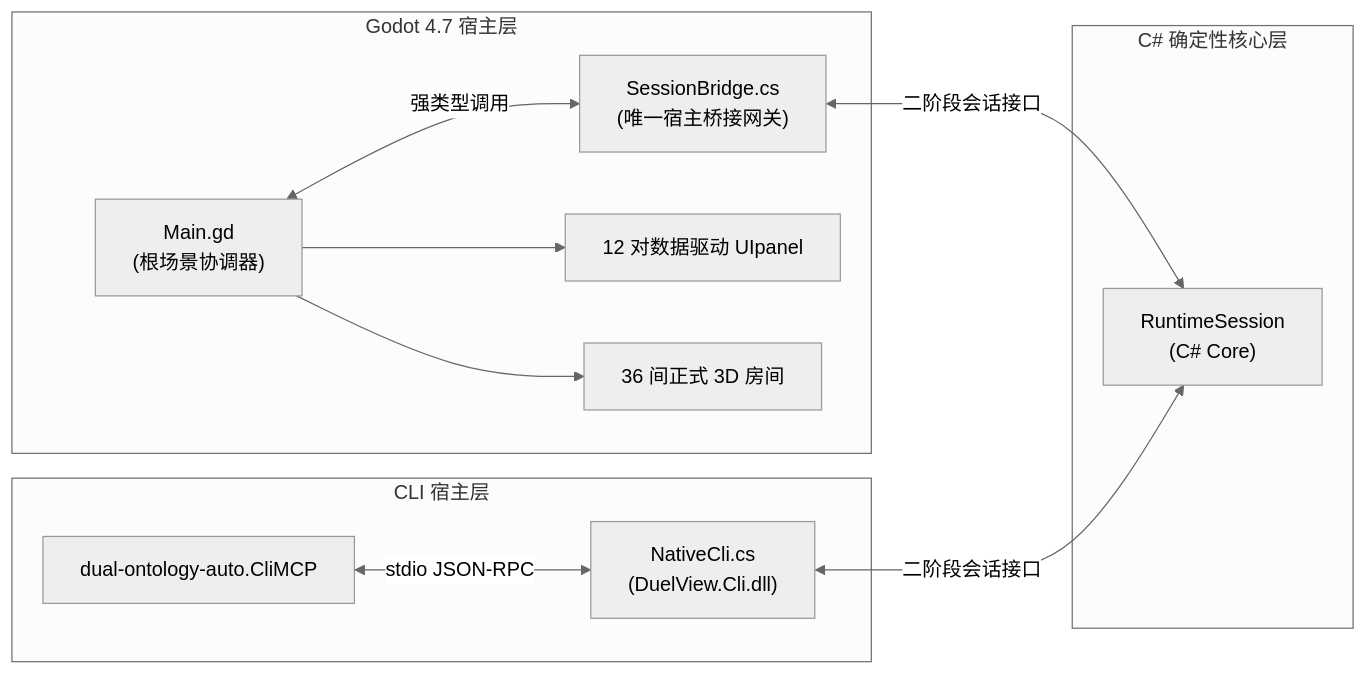
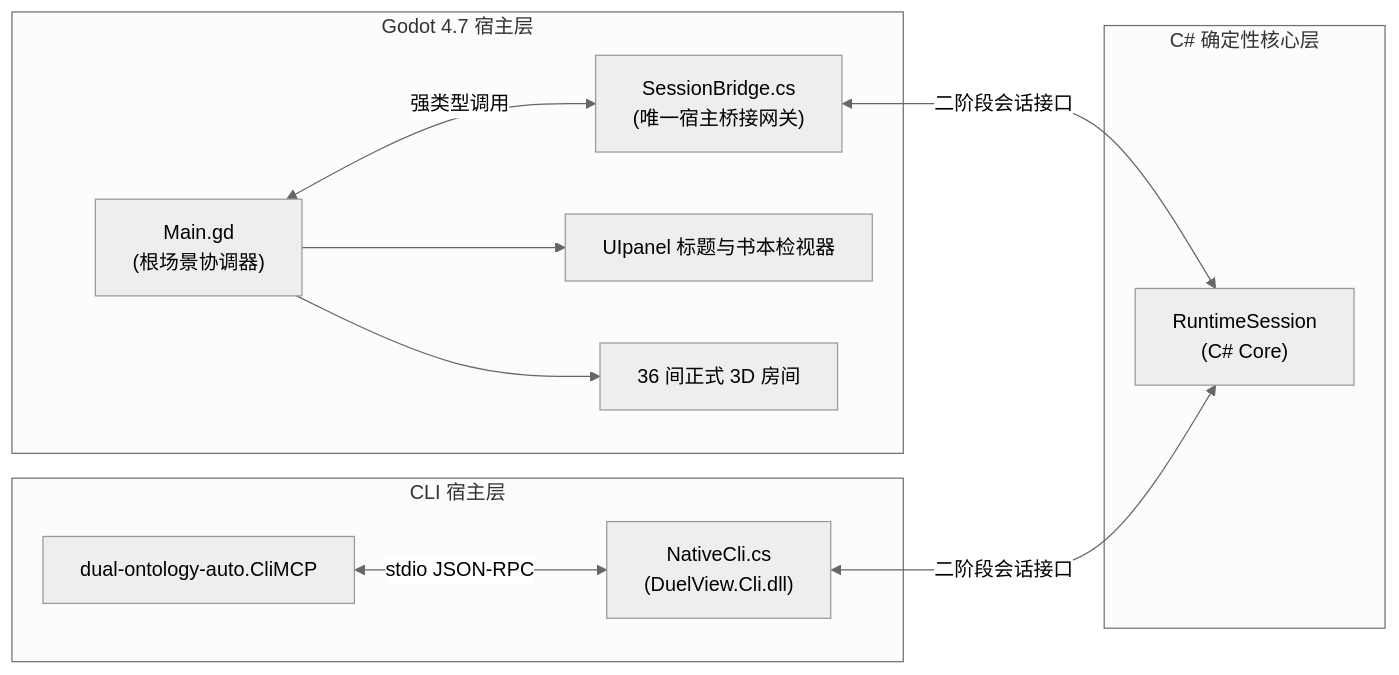
Before and after one commit to OopsYouDiedE/dual_ontology_world_engine: the diagram in docs/31 系统架构与核心机制.md, drawn with Mermaid (neutral theme). The commit also changed other lines of this file and 90 other files, not shown here.

````diff
--- a/docs/31 系统架构与核心机制.md
+++ b/docs/31 系统架构与核心机制.md
@@ -72,26 +72,26 @@
 ```mermaid
 flowchart LR
     subgraph Core [C# 确定性核心层]
         RuntimeSession["RuntimeSession<br>(C# Core)"]
     end
 
     subgraph GodotHost [Godot 4.7 宿主层]
         Main["Main.gd<br>(根场景协调器)"]
         SessionBridge["SessionBridge.cs<br>(唯一宿主桥接网关)"]
-        UI["12 对数据驱动 UIpanel"]
+        UI["UIpanel 标题与书本检视器"]
         Rooms["36 间正式 3D 房间"]
     end
 
     subgraph CliHost [CLI 宿主层]
         NativeCli["NativeCli.cs<br>(DuelView.Cli.dll)"]
         MCP["dual-ontology-auto.CliMCP"]
     end
 
     SessionBridge <-->|二阶段会话接口| RuntimeSession
     Main <-->|强类型调用| SessionBridge
     Main --> UI
     Main --> Rooms
 
     NativeCli <-->|二阶段会话接口| RuntimeSession
     MCP <-->|stdio JSON-RPC| NativeCli
 ```
````
